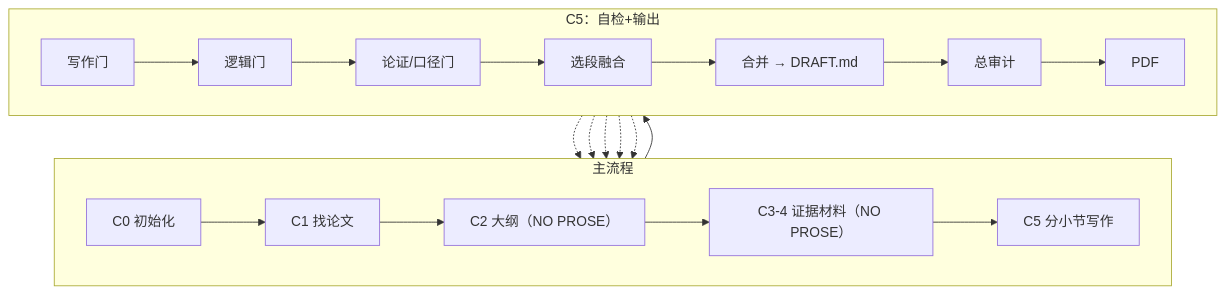
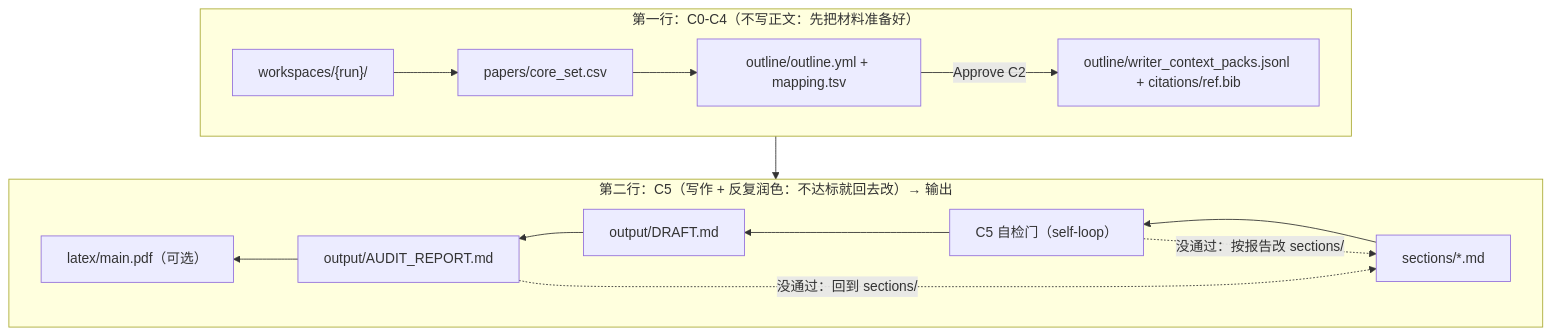
The diagram in README.md (WILLOSCAR/research-units-pipeline), drawn with Mermaid before and after one commit. The commit also changed other lines of this file and 1 other file, not shown here.

Commit message:
Revise README documentation to enhance clarity and update roadmap
- Remove outdated todo list and replace it with a roadmap section in both README.en.md and README.md, outlining future enhancements for multi-CLI collaboration and writing quality improvements.
- Update flowchart sections to improve clarity in the writing and review process, ensuring a more intuitive understanding of the workflow.
- Introduce a quick glossary to define key terms related to the writing process, enhancing user comprehension.

````diff
--- a/README.md
+++ b/README.md
@@ -197,20 +202,18 @@
 ```mermaid
 flowchart TB
-  subgraph TOP["主流程"]
+  subgraph R1["第一行：C0-C4（不写正文：先把材料准备好）"]
     direction LR
-    WS["C0 初始化"] --> P["C1 找论文"] --> O["C2 大纲（NO PROSE）"] --> E["C3-4 证据材料（NO PROSE）"] --> S["C5 分小节写作"]
+    WS["workspaces/{run}/"] --> CORE["papers/core_set.csv"]
+    CORE --> O["outline/outline.yml + mapping.tsv"]
+    O -->|Approve C2| PACKS["outline/writer_context_packs.jsonl + citations/ref.bib"]
   end
 
-  subgraph BOT["C5：自检+输出"]
-    direction LR
-    G1["写作门"] --> G2["逻辑门"] --> G3["论证/口径门"] --> G4["选段融合"]
-    G4 --> D["合并 → DRAFT.md"] --> A["总审计"] --> TEX["PDF"]
+  subgraph R2["第二行：C5（写作 + 反复润色：不达标就回去改）→ 输出"]
+    direction RL
+    S["sections/*.md"] --> G["C5 自检门（self-loop）"] --> D["output/DRAFT.md"] --> A["output/AUDIT_REPORT.md"] --> PDF["latex/main.pdf（可选）"]
   end
 
-  S --> G1
-  G1 -.-> S
-  G2 -.-> S
-  G3 -.-> S
-  G4 -.-> S
-  A -.-> S
+  PACKS --> S
+  G -.->|"没通过：按报告改 sections/"| S
+  A -.->|"没通过：回到 sections/"| S
 ```
````
